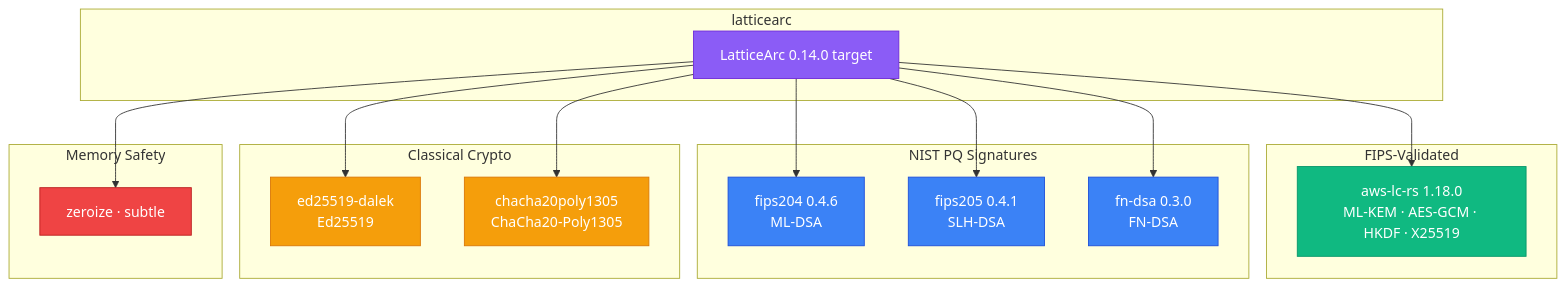
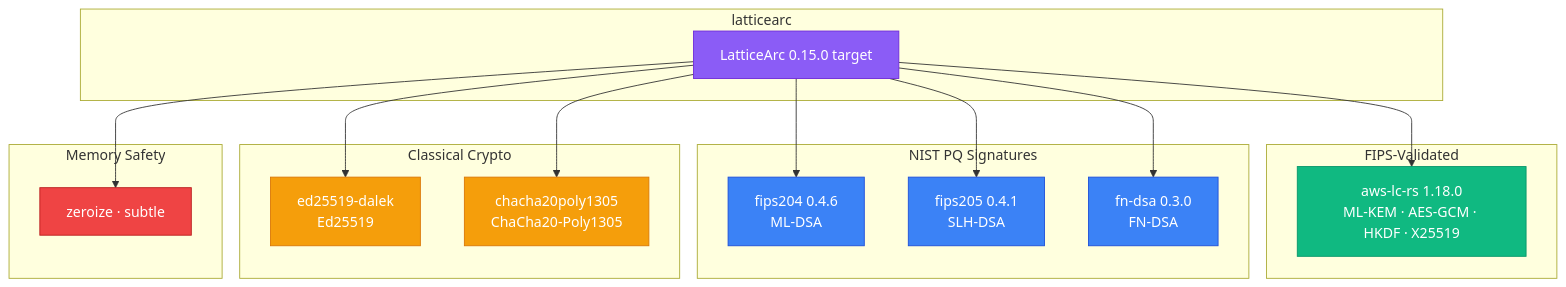
The diagram in docs/DEPENDENCY_JUSTIFICATION.md (LatticeArc/latticearc), drawn with Mermaid before and after one commit. The commit also changed other lines of this file and 10 other files, not shown here.

````diff
--- a/docs/DEPENDENCY_JUSTIFICATION.md
+++ b/docs/DEPENDENCY_JUSTIFICATION.md
@@ -12,45 +12,45 @@
 ```mermaid
 flowchart TB
     subgraph "latticearc"
-        LA[LatticeArc 0.14.0 target]
+        LA[LatticeArc 0.15.0 target]
     end
 
     subgraph "FIPS-Validated"
         AWSLC["aws-lc-rs 1.18.0\nML-KEM · AES-GCM · HKDF · X25519"]
     end
 
     subgraph "NIST PQ Signatures"
         F204["fips204 0.4.6\nML-DSA"]
         F205["fips205 0.4.1\nSLH-DSA"]
         FNDSA["fn-dsa 0.3.0\nFN-DSA"]
     end
 
     subgraph "Classical Crypto"
         DALEK["ed25519-dalek\nEd25519"]
         CHA["chacha20poly1305\nChaCha20-Poly1305"]
     end
 
     subgraph "Memory Safety"
         ZERO["zeroize · subtle"]
     end
 
     LA --> AWSLC
     LA --> F204
     LA --> F205
     LA --> FNDSA
     LA --> DALEK
     LA --> CHA
     LA --> ZERO
 
     classDef main fill:#8b5cf6,stroke:#6d28d9,color:#fff
     classDef fips fill:#10b981,stroke:#059669,color:#fff
     classDef nist fill:#3b82f6,stroke:#1d4ed8,color:#fff
     classDef cl fill:#f59e0b,stroke:#d97706,color:#fff
     classDef safety fill:#ef4444,stroke:#b91c1c,color:#fff
 
     class LA main
     class AWSLC fips
     class F204,F205,FNDSA nist
     class DALEK,CHA cl
     class ZERO safety
 ```
````
